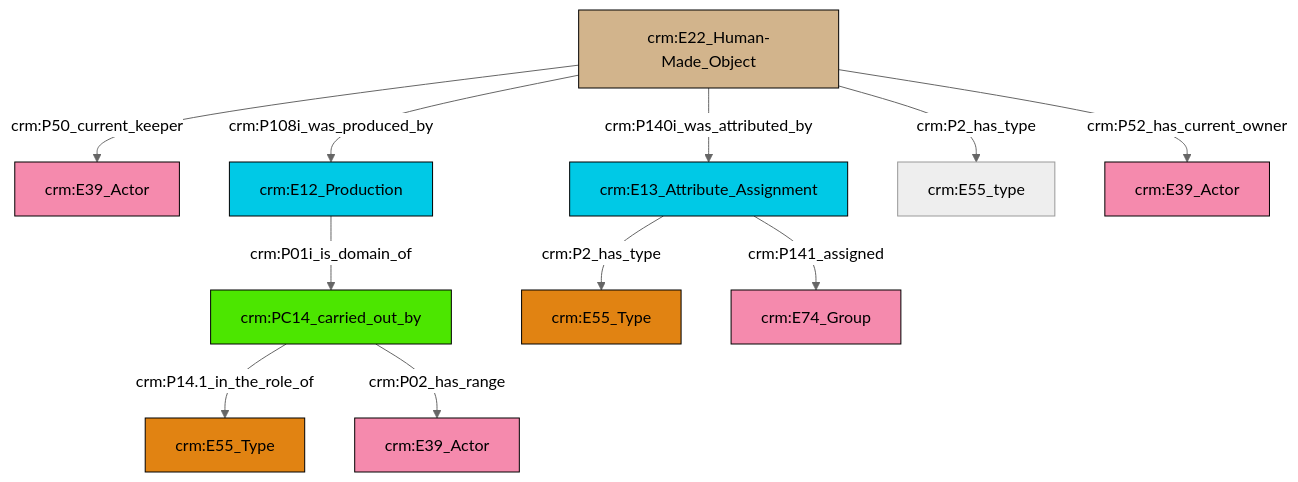
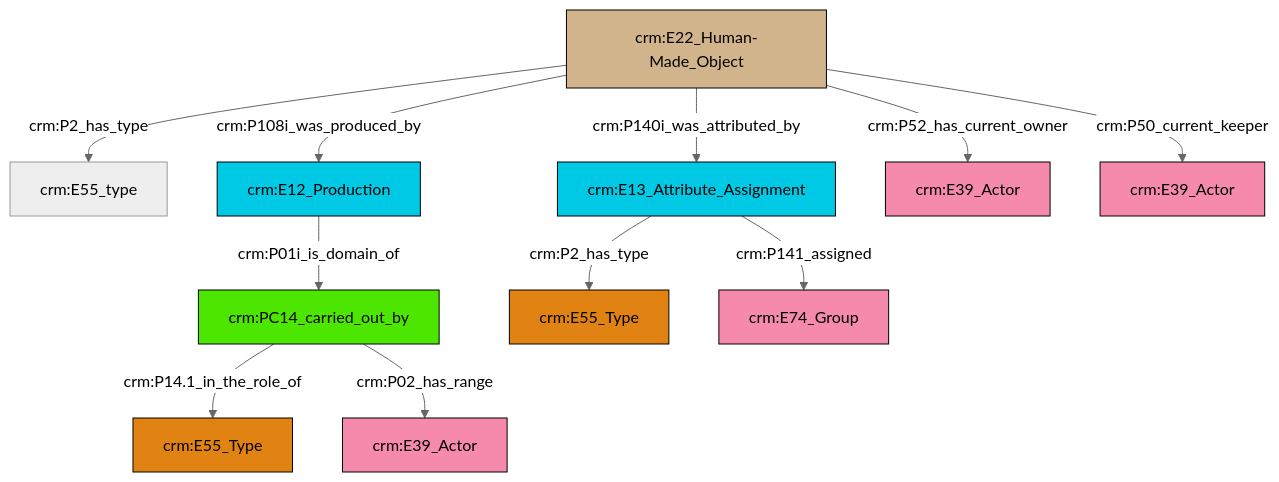
The diagram in et/artworkCSV/ttl/mmd/Artwork_Actor_Relations.ttl.mmd (swiss-art-research-net/reference-data-models), drawn with Mermaid (neutral theme) before and after one commit. The commit also changed 123 other files, not shown here.

```diff
--- a/et/artworkCSV/ttl/mmd/Artwork_Actor_Relations.ttl.mmd
+++ b/et/artworkCSV/ttl/mmd/Artwork_Actor_Relations.ttl.mmd
@@ -1,25 +1,25 @@
 graph TD
 classDef Literal fill:#f2f2f2,stroke:#000000;
 classDef CRM_Entity fill:#FFFFFF,stroke:#000000;
 classDef Temporal_Entity fill:#00C9E6, stroke:#000000;
 classDef Type fill:#E18312, stroke:#000000;
 classDef Time-Span fill:#2C9C91, stroke:#000000;
 classDef Appellation fill:#FFEB7F, stroke:#000000;
 classDef Place fill:#008836, stroke:#000000;
 classDef Persistent_Item fill:#B266B2, stroke:#000000;
 classDef Conceptual_Object fill:#FFD700, stroke:#000000;
 classDef Physical_Thing fill:#D2B48C, stroke:#000000;
 classDef Actor fill:#f58aad, stroke:#000000;
 classDef PC_Classes fill:#4ce600, stroke:#000000;
 classDef Multi fill:#cccccc,stroke:#000000;
 
-0["crm:PC14_carried_out_by"]:::PC_Classes -->|crm:P14.1_in_the_role_of| 1["crm:E55_Type"]:::Type
-0["crm:PC14_carried_out_by"]:::PC_Classes -->|crm:P02_has_range| 3["crm:E39_Actor"]:::Actor
-6["crm:E22_Human-Made_Object"]:::Physical_Thing -->|crm:P108i_was_produced_by| 7["crm:E12_Production"]:::Temporal_Entity
-10["crm:E13_Attribute_Assignment"]:::Temporal_Entity -->|crm:P141_assigned| 11["crm:E74_Group"]:::Actor
-7["crm:E12_Production"]:::Temporal_Entity -->|crm:P01i_is_domain_of| 0["crm:PC14_carried_out_by"]:::PC_Classes
-6["crm:E22_Human-Made_Object"]:::Physical_Thing -->|crm:P2_has_type| 17["crm:E55_type"]:::Default
+2["crm:E22_Human-Made_Object"]:::Physical_Thing -->|crm:P2_has_type| 4["crm:E55_type"]:::Default
+6["crm:PC14_carried_out_by"]:::PC_Classes -->|crm:P14.1_in_the_role_of| 0["crm:E55_Type"]:::Type
+2["crm:E22_Human-Made_Object"]:::Physical_Thing -->|crm:P140i_was_attributed_by| 10["crm:E13_Attribute_Assignment"]:::Temporal_Entity
+2["crm:E22_Human-Made_Object"]:::Physical_Thing -->|crm:P52_has_current_owner| 16["crm:E39_Actor"]:::Actor
+10["crm:E13_Attribute_Assignment"]:::Temporal_Entity -->|crm:P141_assigned| 17["crm:E74_Group"]:::Actor
+11["crm:E12_Production"]:::Temporal_Entity -->|crm:P01i_is_domain_of| 6["crm:PC14_carried_out_by"]:::PC_Classes
+2["crm:E22_Human-Made_Object"]:::Physical_Thing -->|crm:P108i_was_produced_by| 11["crm:E12_Production"]:::Temporal_Entity
 10["crm:E13_Attribute_Assignment"]:::Temporal_Entity -->|crm:P2_has_type| 8["crm:E55_Type"]:::Type
-6["crm:E22_Human-Made_Object"]:::Physical_Thing -->|crm:P50_current_keeper| 4["crm:E39_Actor"]:::Actor
-6["crm:E22_Human-Made_Object"]:::Physical_Thing -->|crm:P140i_was_attributed_by| 10["crm:E13_Attribute_Assignment"]:::Temporal_Entity
-6["crm:E22_Human-Made_Object"]:::Physical_Thing -->|crm:P52_has_current_owner| 19["crm:E39_Actor"]:::Actor
+6["crm:PC14_carried_out_by"]:::PC_Classes -->|crm:P02_has_range| 13["crm:E39_Actor"]:::Actor
+2["crm:E22_Human-Made_Object"]:::Physical_Thing -->|crm:P50_current_keeper| 19["crm:E39_Actor"]:::Actor
```
